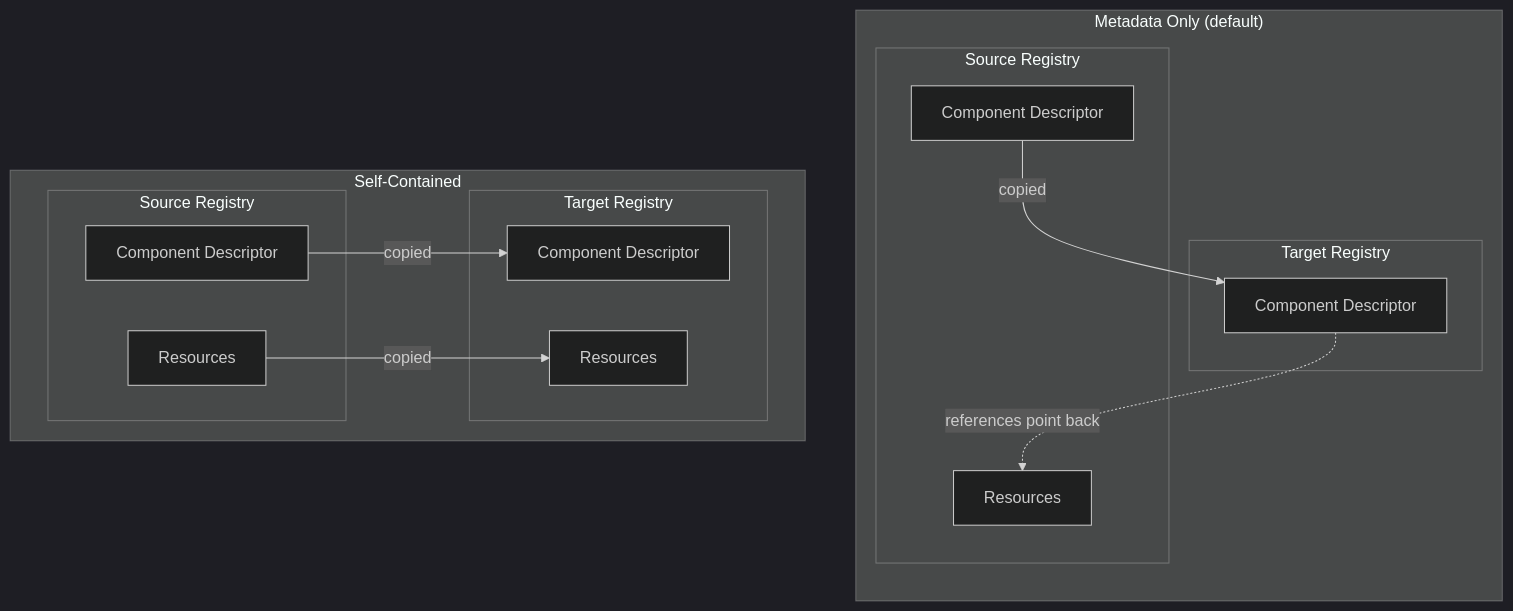
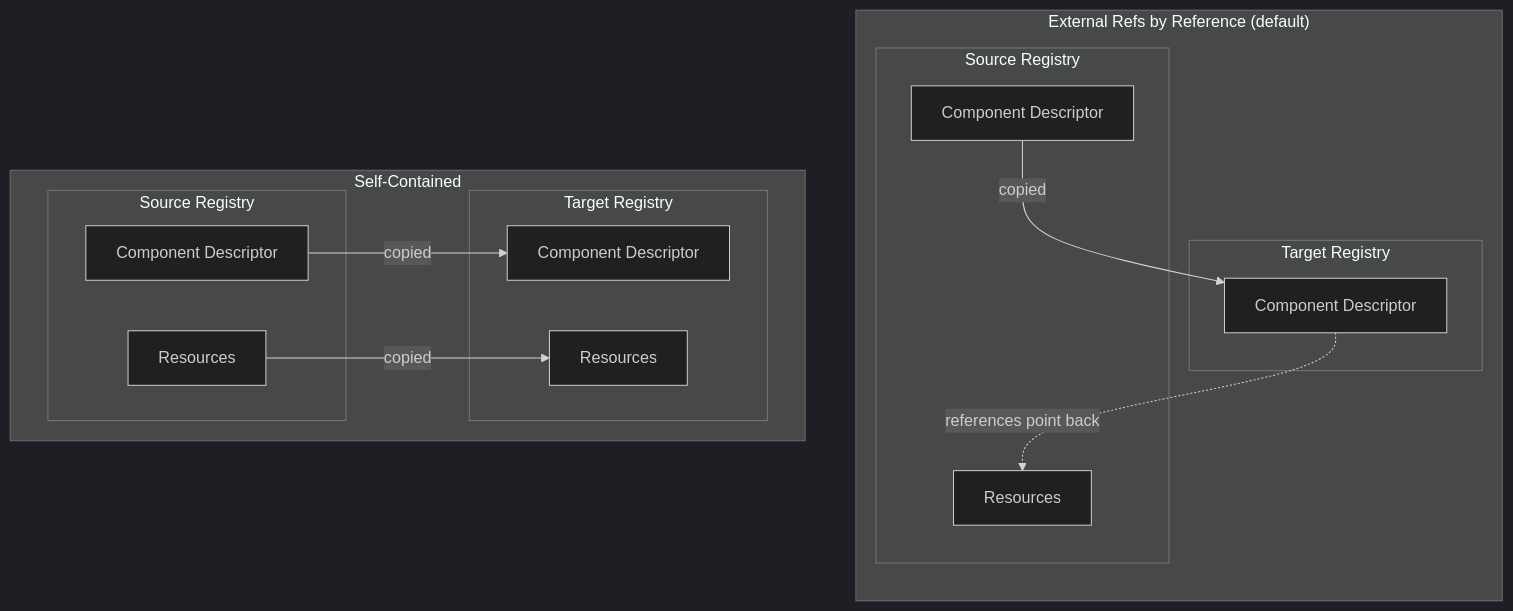
One commit to open-component-model/open-component-model changed the second of 4 diagrams in website/content/docs/concepts/transfer-concept.md. Above: the diagram before and after it, drawn with Mermaid (dark theme). The commit also changed other lines of this file and 2 other files, not shown here.

````diff
--- a/website/content/docs/concepts/transfer-concept.md
+++ b/website/content/docs/concepts/transfer-concept.md
@@ -46,29 +46,29 @@
 ```mermaid
 flowchart TB
-    subgraph metadataOnly["Metadata Only (default)"]
+    subgraph metadataOnly["External Refs by Reference (default)"]
         direction TB
         subgraph T1["Target Registry"]
             T1CD["Component Descriptor"]
         end
         subgraph S1["Source Registry"]
             S1CD["Component Descriptor"]
             S1R["Resources"]
         end
         S1CD -->|"copied"| T1CD
         T1CD -.->|"references point back"| S1R
     end
 
     subgraph copy["Self-Contained"]
         direction LR
         subgraph S2["Source Registry"]
             S2CD["Component Descriptor"]
             S2R["Resources"]
         end
         subgraph T2["Target Registry"]
             T2CD["Component Descriptor"]
             T2R["Resources"]
         end
         S2CD -->|"copied"| T2CD
         S2R -->|"copied"| T2R
     end
 ```
````
